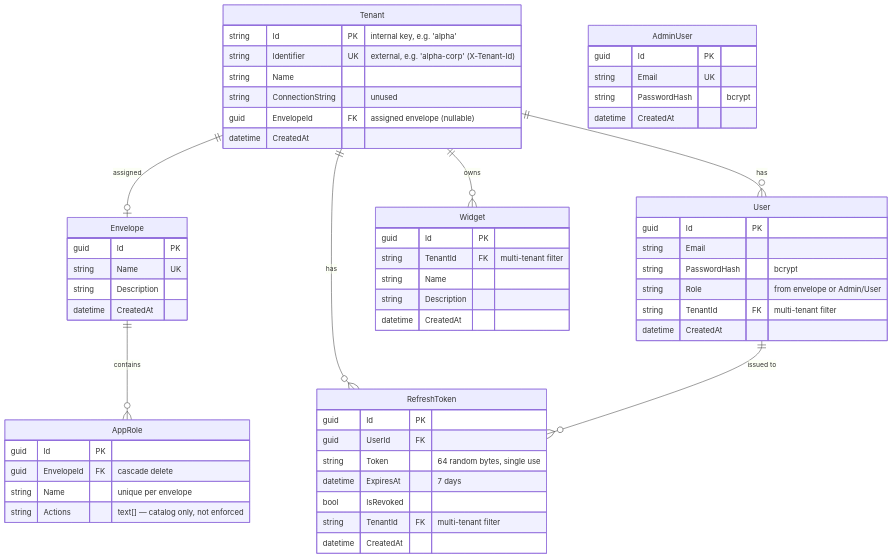
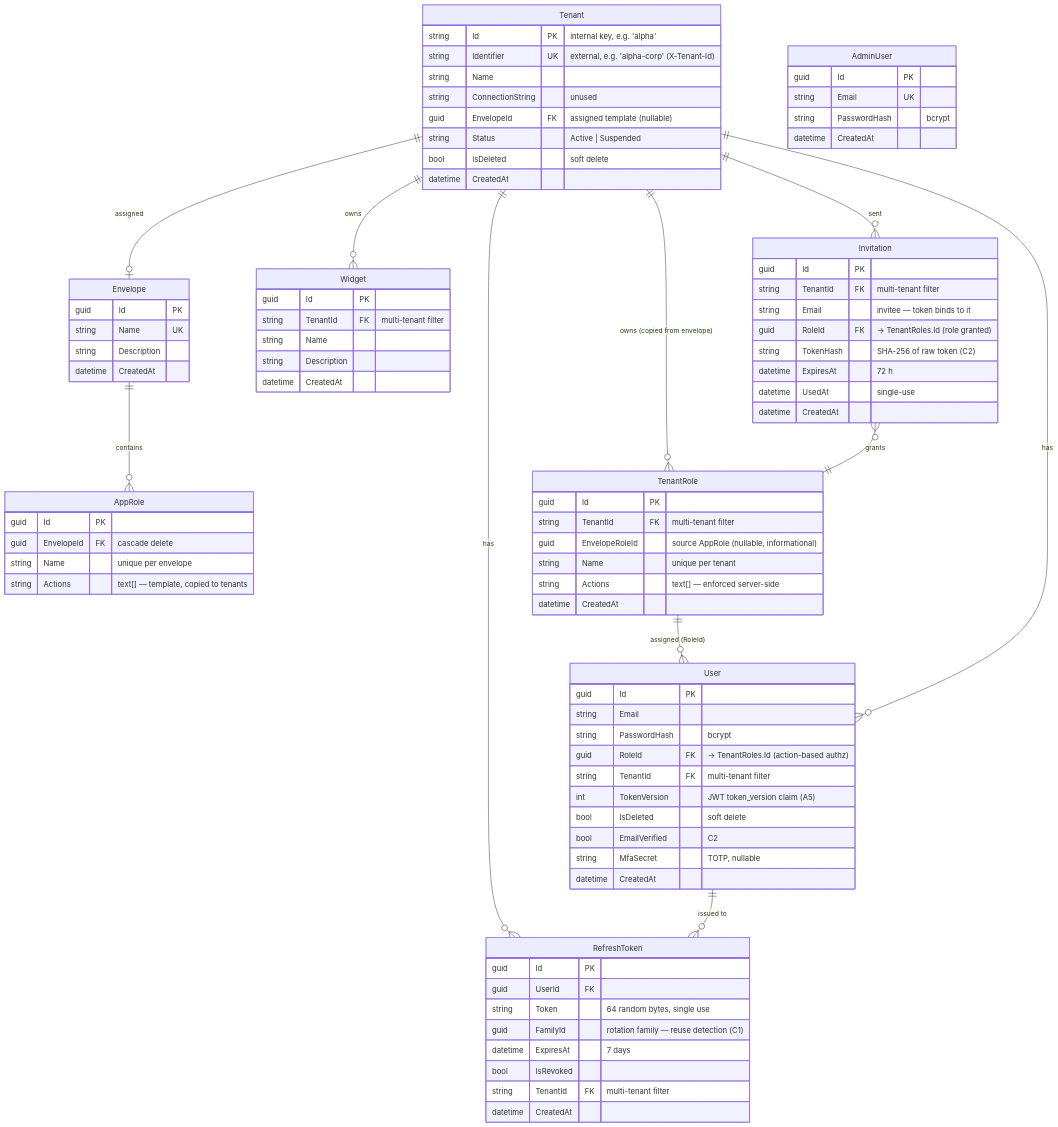
The third of 9 diagrams in docs/ARCHITECTURE.md (Haskeeb265/Tessra), drawn with Mermaid before and after one commit. The commit also changed other lines of this file and 49 other files, not shown here.

````diff
--- a/docs/ARCHITECTURE.md
+++ b/docs/ARCHITECTURE.md
@@ -134,17 +135,23 @@
 erDiagram
     Tenant ||--o| Envelope : "assigned"
     Envelope ||--o{ AppRole : "contains"
+    Tenant ||--o{ TenantRole : "owns (copied from envelope)"
+    TenantRole ||--o{ User : "assigned (RoleId)"
     Tenant ||--o{ User : "has"
     Tenant ||--o{ Widget : "owns"
     Tenant ||--o{ RefreshToken : "has"
     User ||--o{ RefreshToken : "issued to"
+    Tenant ||--o{ Invitation : "sent"
+    Invitation }o--|| TenantRole : "grants"
 
     Tenant {
         string Id PK "internal key, e.g. 'alpha'"
         string Identifier UK "external, e.g. 'alpha-corp' (X-Tenant-Id)"
         string Name
         string ConnectionString "unused"
-        guid EnvelopeId FK "assigned envelope (nullable)"
+        guid EnvelopeId FK "assigned template (nullable)"
+        string Status "Active | Suspended"
+        bool IsDeleted "soft delete"
         datetime CreatedAt
     }
     Envelope {
@@ -157,14 +164,26 @@
         guid Id PK
         guid EnvelopeId FK "cascade delete"
         string Name "unique per envelope"
-        string Actions "text[] — catalog only, not enforced"
+        string Actions "text[] — template, copied to tenants"
+    }
+    TenantRole {
+        guid Id PK
+        string TenantId FK "multi-tenant filter"
+        guid EnvelopeRoleId "source AppRole (nullable, informational)"
+        string Name "unique per tenant"
+        string Actions "text[] — enforced server-side"
+        datetime CreatedAt
     }
     User {
         guid Id PK
         string Email
         string PasswordHash "bcrypt"
-        string Role "from envelope or Admin/User"
+        guid RoleId FK "→ TenantRoles.Id (action-based authz)"
         string TenantId FK "multi-tenant filter"
+        int TokenVersion "JWT token_version claim (A5)"
+        bool IsDeleted "soft delete"
+        bool EmailVerified "C2"
+        string MfaSecret "TOTP, nullable"
         datetime CreatedAt
     }
     AdminUser {
@@ -184,9 +203,20 @@
         guid Id PK
         guid UserId FK
         string Token "64 random bytes, single use"
+        guid FamilyId "rotation family — reuse detection (C1)"
         datetime ExpiresAt "7 days"
         bool IsRevoked
         string TenantId FK "multi-tenant filter"
         datetime CreatedAt
     }
+    Invitation {
+        guid Id PK
+        string TenantId FK "multi-tenant filter"
+        string Email "invitee — token binds to it"
+        guid RoleId FK "→ TenantRoles.Id (role granted)"
+        string TokenHash "SHA-256 of raw token (C2)"
+        datetime ExpiresAt "72 h"
+        datetime UsedAt "single-use"
+        datetime CreatedAt
+    }
 ```
````
